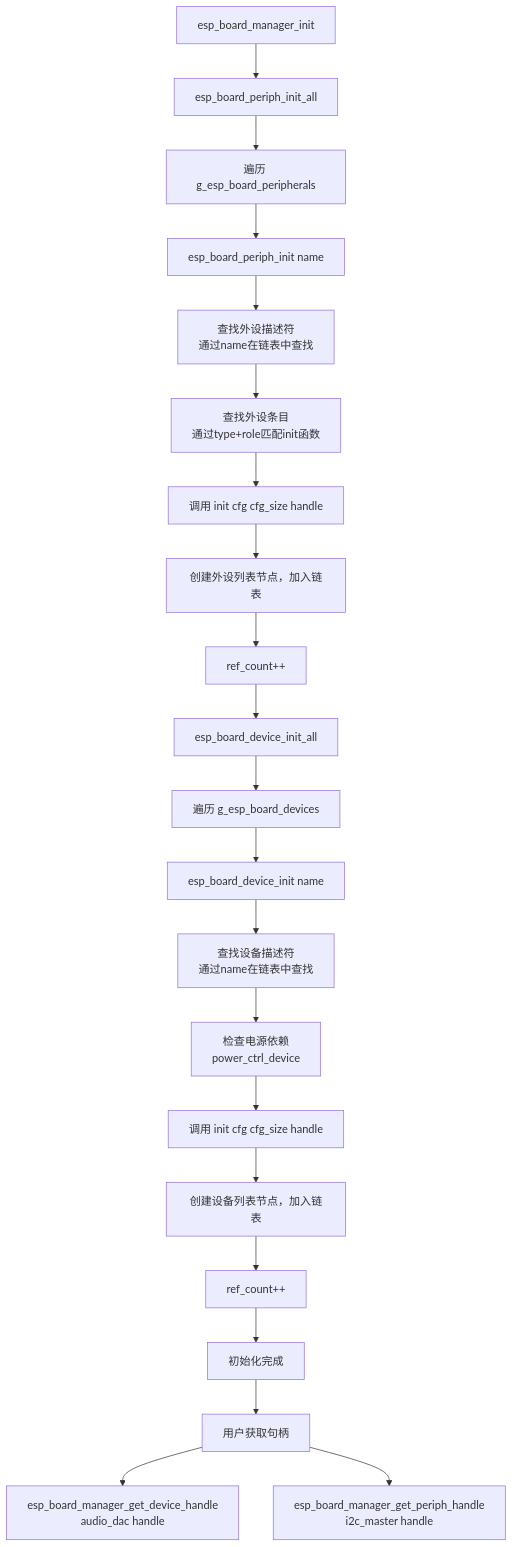
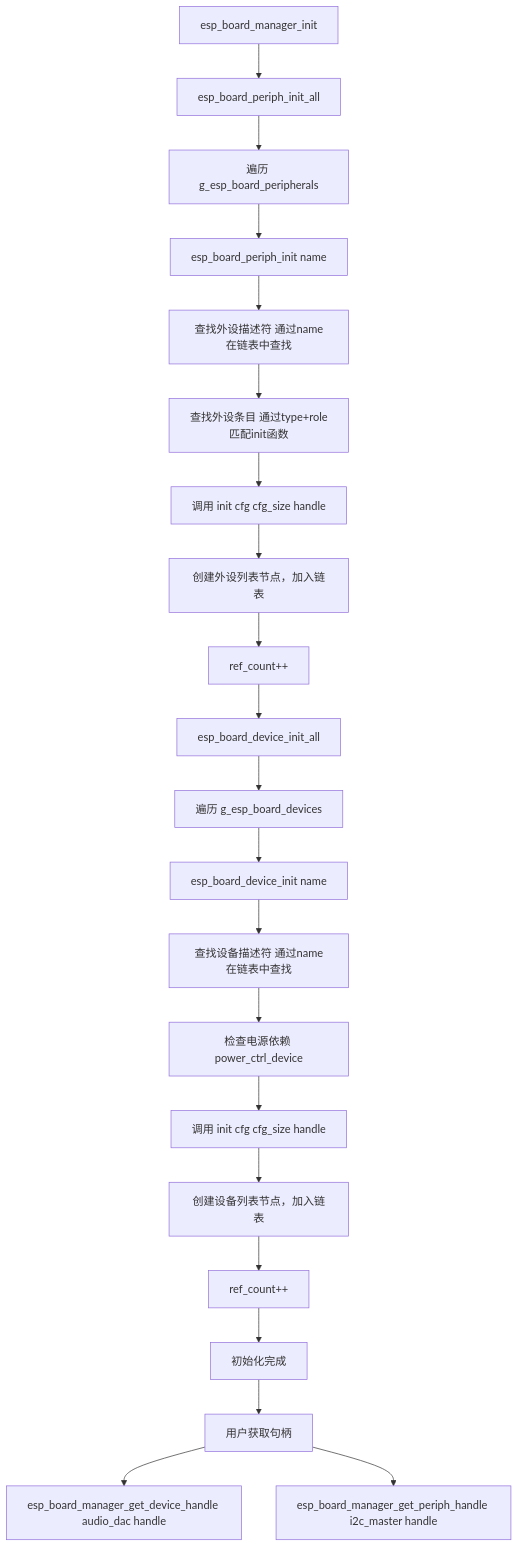
Before and after one commit to diskman88/gmf_board_manager_docs: the fifth of 9 diagrams in index.md, drawn with Mermaid. The commit also changed other lines of this file, not shown here.

````diff
--- a/index.md
+++ b/index.md
@@ -333,25 +333,25 @@
 ```mermaid
 flowchart TD
     A[esp_board_manager_init] --> B[esp_board_periph_init_all]
     B --> B1[遍历 g_esp_board_peripherals]
     B1 --> B2[esp_board_periph_init name]
-    B2 --> B3[查找外设描述符\n通过name在链表中查找]
-    B3 --> B4[查找外设条目\n通过type+role匹配init函数]
+    B2 --> B3[查找外设描述符 通过name在链表中查找]
+    B3 --> B4[查找外设条目 通过type+role匹配init函数]
     B4 --> B5[调用 init cfg cfg_size handle]
     B5 --> B6[创建外设列表节点，加入链表]
     B6 --> B7[ref_count++]
     
     B7 --> C[esp_board_device_init_all]
     C --> C1[遍历 g_esp_board_devices]
     C1 --> C2[esp_board_device_init name]
-    C2 --> C3[查找设备描述符\n通过name在链表中查找]
-    C3 --> C4[检查电源依赖\npower_ctrl_device]
+    C2 --> C3[查找设备描述符 通过name在链表中查找]
+    C3 --> C4[检查电源依赖 power_ctrl_device]
     C4 --> C5[调用 init cfg cfg_size handle]
     C5 --> C6[创建设备列表节点，加入链表]
     C6 --> C7[ref_count++]
     
     C7 --> D[初始化完成]
     D --> D1[用户获取句柄]
-    D1 --> D2[esp_board_manager_get_device_handle\naudio_dac handle]
-    D1 --> D3[esp_board_manager_get_periph_handle\ni2c_master handle]
+    D1 --> D2[esp_board_manager_get_device_handle audio_dac handle]
+    D1 --> D3[esp_board_manager_get_periph_handle i2c_master handle]
 ```
````
